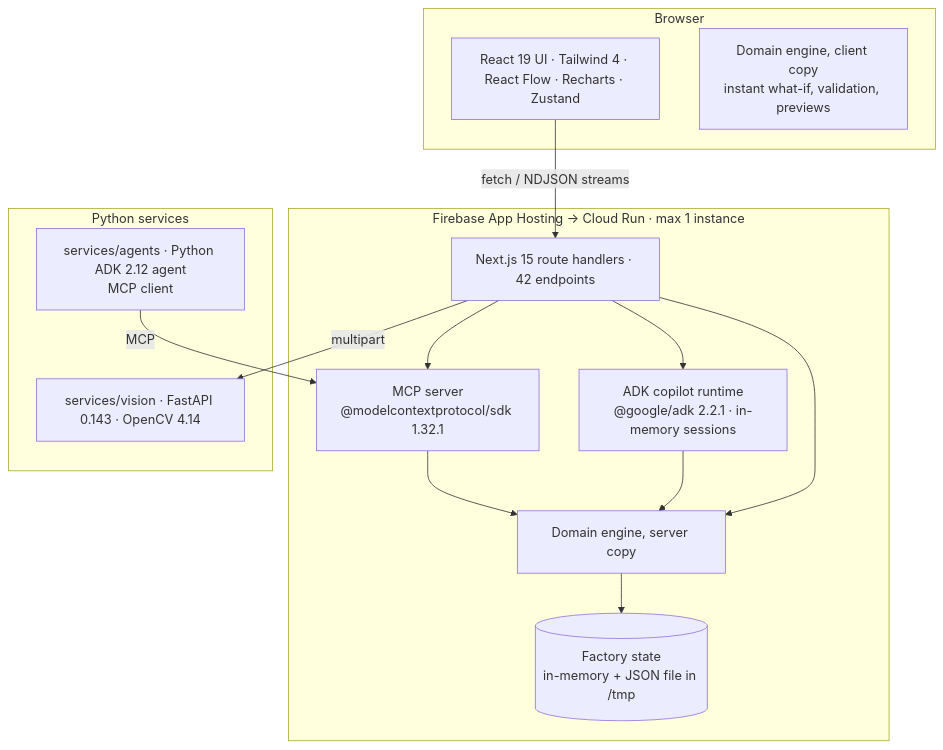
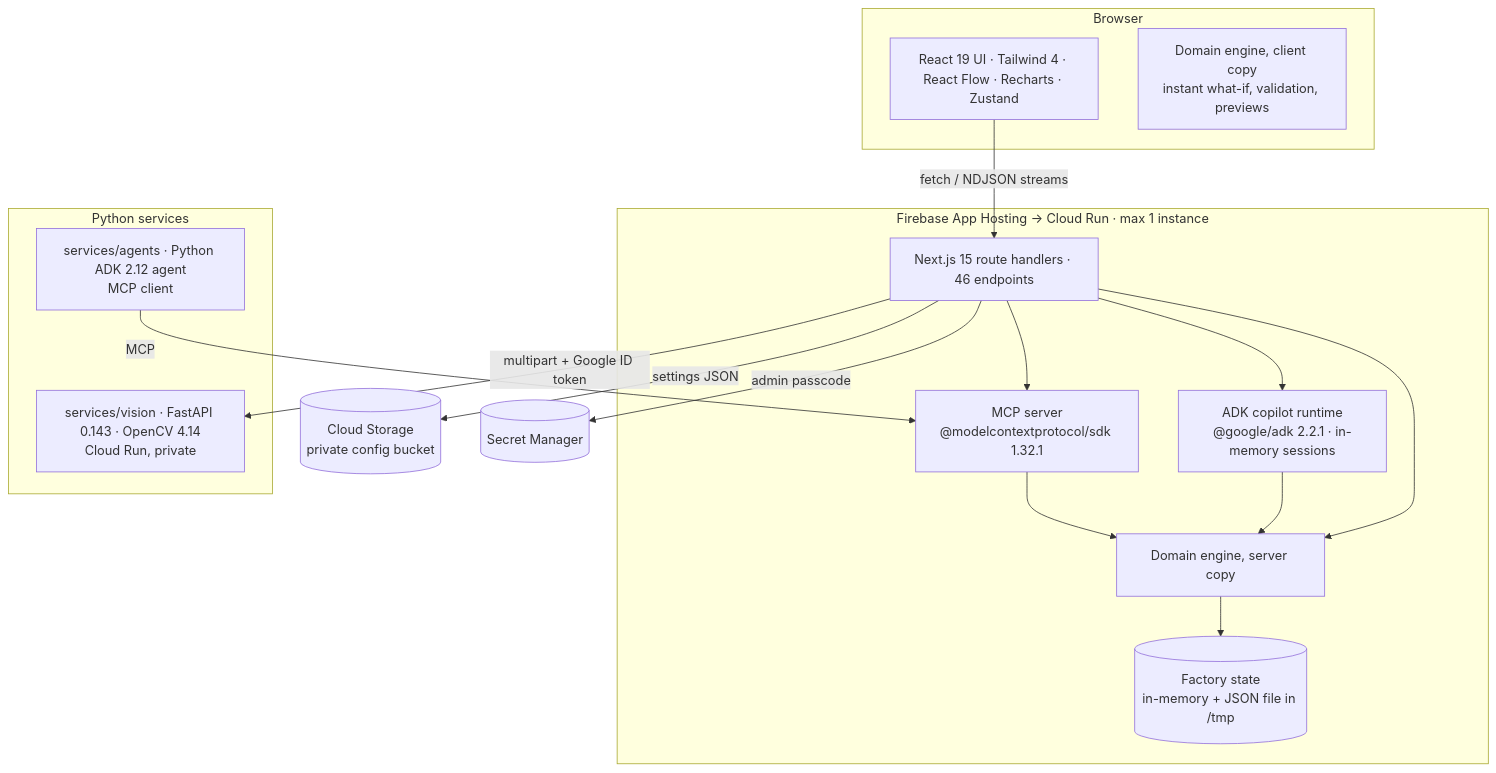
Before and after one commit to The-OWLabs/twin-forge-ai: the second of 3 diagrams in docs/architecture.md, drawn with Mermaid. The commit also changed other lines of this file and 65 other files, not shown here.

````diff
--- a/docs/architecture.md
+++ b/docs/architecture.md
@@ -61,24 +61,26 @@
 ```mermaid
 flowchart TB
   subgraph browser[Browser]
     ui[React 19 UI · Tailwind 4 · React Flow · Recharts · Zustand]
     domc[Domain engine, client copy<br/>instant what-if, validation, previews]
   end
   subgraph apphosting[Firebase App Hosting → Cloud Run · max 1 instance]
-    routes[Next.js 15 route handlers · 42 endpoints]
+    routes[Next.js 15 route handlers · 46 endpoints]
     doms[Domain engine, server copy]
     store[(Factory state<br/>in-memory + JSON file in /tmp)]
     adk[ADK copilot runtime<br/>@google/adk 2.2.1 · in-memory sessions]
     mcp[MCP server<br/>@modelcontextprotocol/sdk 1.32.1]
   end
   subgraph py[Python services]
-    vis[services/vision · FastAPI 0.143 · OpenCV 4.14]
+    vis[services/vision · FastAPI 0.143 · OpenCV 4.14<br/>Cloud Run, private]
     pyagent[services/agents · Python ADK 2.12 agent<br/>MCP client]
   end
   ui -->|fetch / NDJSON streams| routes
   routes --> doms --> store
   routes --> adk --> doms
   routes --> mcp --> doms
-  routes -->|multipart| vis
+  routes -->|multipart + Google ID token| vis
   pyagent -->|MCP| mcp
+  routes -->|settings JSON| gcs[(Cloud Storage<br/>private config bucket)]
+  routes -->|admin passcode| sm[(Secret Manager)]
 ```
````
